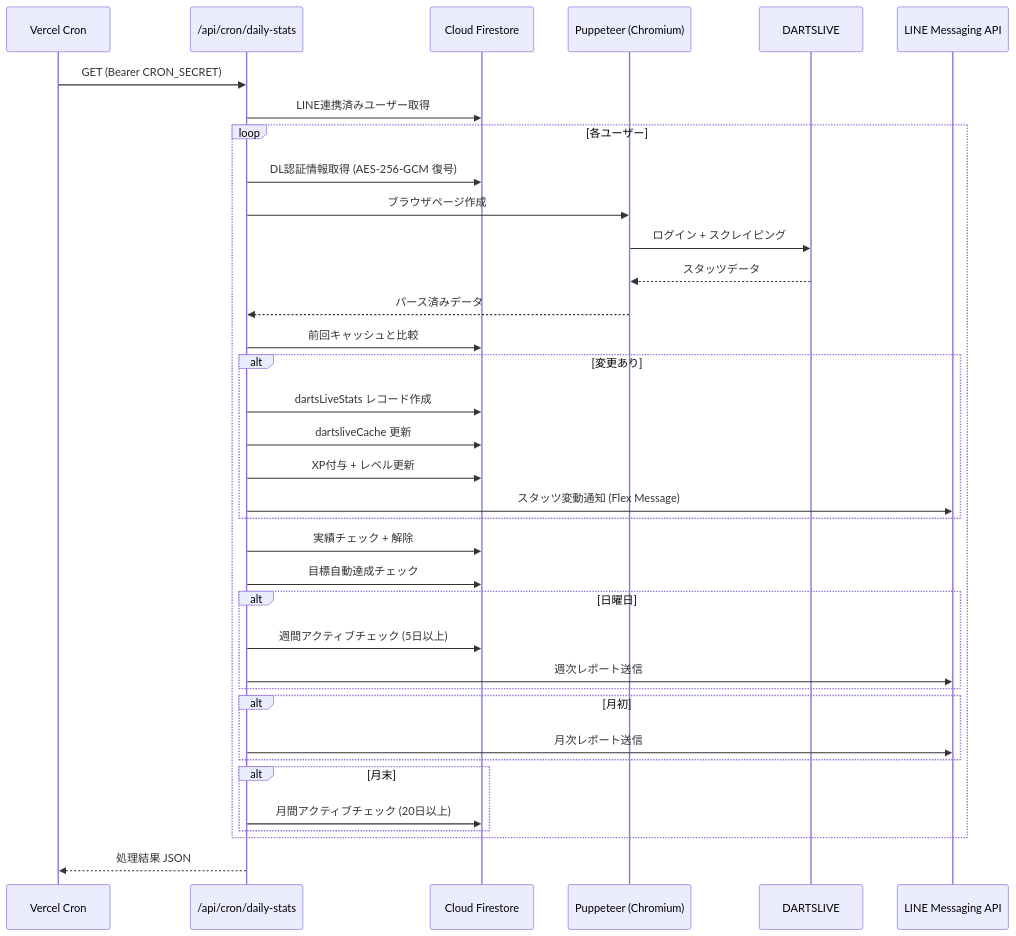
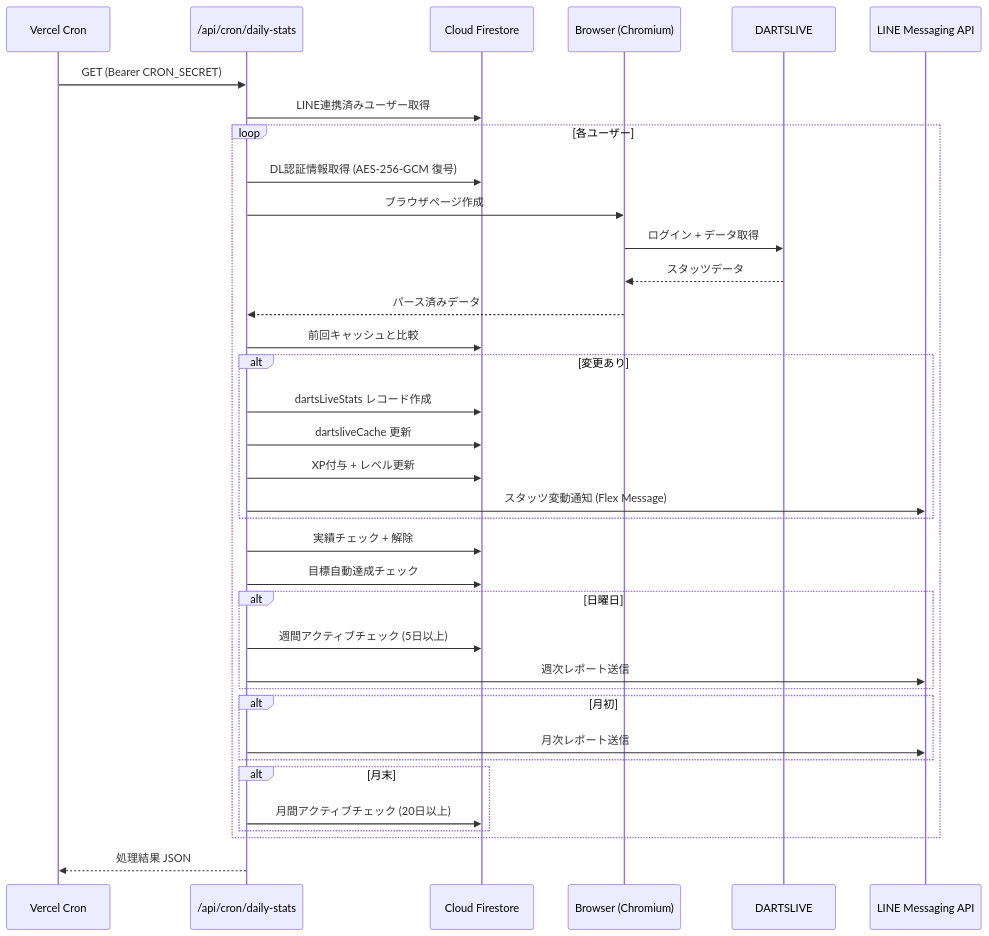
Before and after one commit to seiryuu1215/darts-app: the diagram in docs/CRON.md, drawn with Mermaid. The commit also changed other lines of this file and 9 other files, not shown here.

````diff
--- a/docs/CRON.md
+++ b/docs/CRON.md
@@ -37,47 +42,47 @@
 ```mermaid
 sequenceDiagram
     participant Vercel as Vercel Cron
     participant API as /api/cron/daily-stats
     participant Firestore as Cloud Firestore
-    participant Puppeteer as Puppeteer (Chromium)
+    participant Browser as Browser (Chromium)
     participant DL as DARTSLIVE
     participant LINE as LINE Messaging API
 
     Vercel->>API: GET (Bearer CRON_SECRET)
     API->>Firestore: LINE連携済みユーザー取得
 
     loop 各ユーザー
         API->>Firestore: DL認証情報取得 (AES-256-GCM 復号)
-        API->>Puppeteer: ブラウザページ作成
-        Puppeteer->>DL: ログイン + スクレイピング
-        DL-->>Puppeteer: スタッツデータ
-        Puppeteer-->>API: パース済みデータ
+        API->>Browser: ブラウザページ作成
+        Browser->>DL: ログイン + データ取得
+        DL-->>Browser: スタッツデータ
+        Browser-->>API: パース済みデータ
 
         API->>Firestore: 前回キャッシュと比較
 
         alt 変更あり
             API->>Firestore: dartsLiveStats レコード作成
             API->>Firestore: dartsliveCache 更新
             API->>Firestore: XP付与 + レベル更新
             API->>LINE: スタッツ変動通知 (Flex Message)
         end
 
         API->>Firestore: 実績チェック + 解除
         API->>Firestore: 目標自動達成チェック
 
         alt 日曜日
             API->>Firestore: 週間アクティブチェック (5日以上)
             API->>LINE: 週次レポート送信
         end
 
         alt 月初
             API->>LINE: 月次レポート送信
         end
 
         alt 月末
             API->>Firestore: 月間アクティブチェック (20日以上)
         end
     end
 
     API-->>Vercel: 処理結果 JSON
 ```
````
